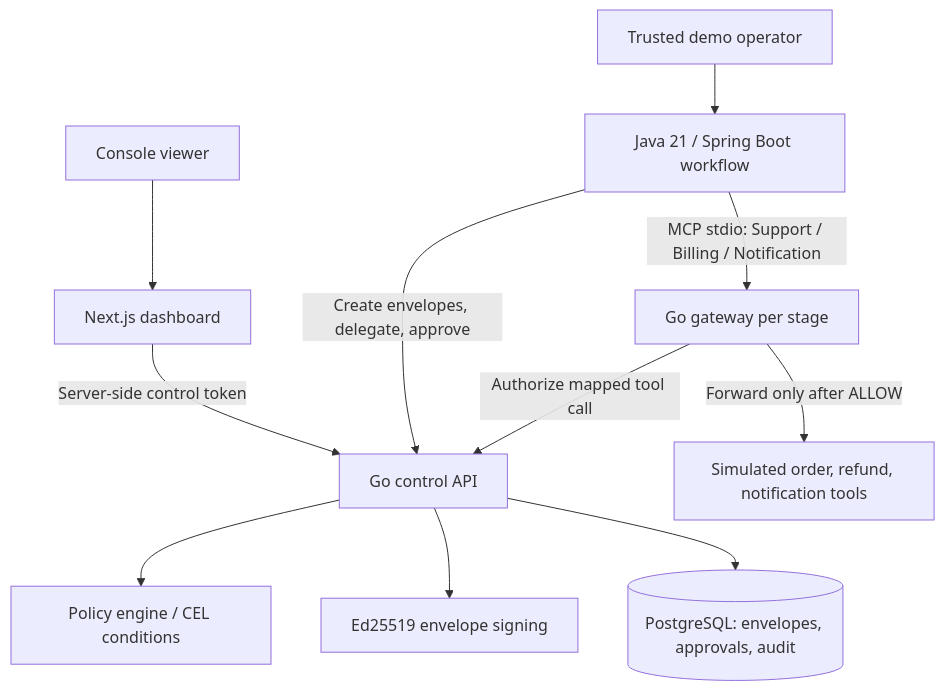
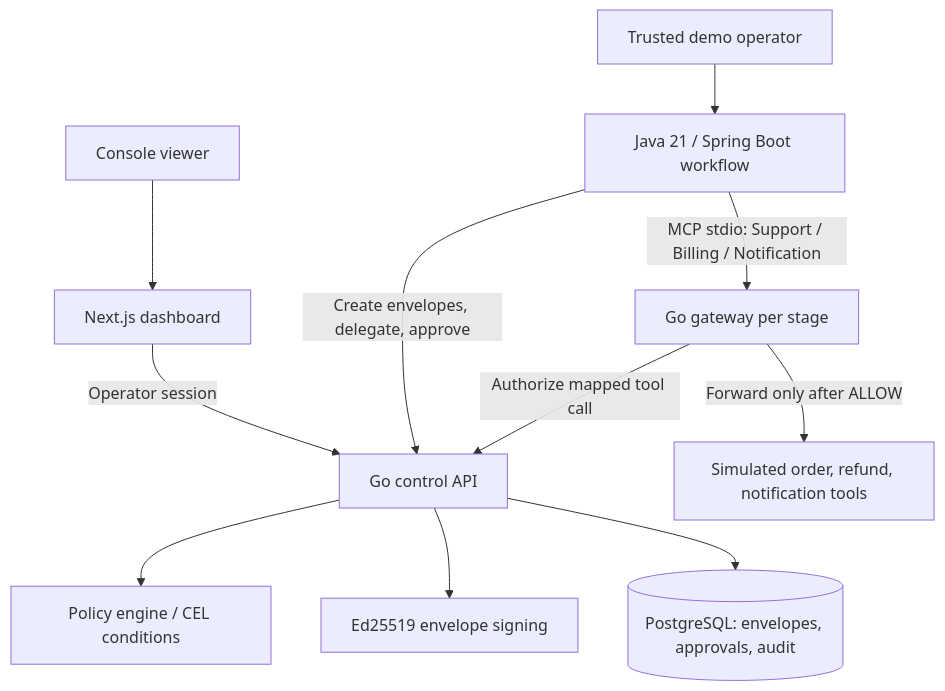
One commit to patelpratyush/Counterseal changed the diagram in docs/portfolio.md. Above: the diagram before and after it, drawn with Mermaid. The commit also changed other lines of this file and 50 other files, not shown here.

````diff
--- a/docs/portfolio.md
+++ b/docs/portfolio.md
@@ -11,13 +11,13 @@
 ```mermaid
 flowchart TD
     Viewer[Console viewer] --> Dashboard[Next.js dashboard]
-    Dashboard -->|Server-side control token| API[Go control API]
+    Dashboard -->|Operator session| API[Go control API]
     Operator[Trusted demo operator] --> Java[Java 21 / Spring Boot workflow]
     Java -->|Create envelopes, delegate, approve| API
     Java -->|MCP stdio: Support / Billing / Notification| Gateway[Go gateway per stage]
     Gateway -->|Authorize mapped tool call| API
     API --> Policy[Policy engine / CEL conditions]
     API --> Signing[Ed25519 envelope signing]
     API --> DB[(PostgreSQL: envelopes, approvals, audit)]
     Gateway -->|Forward only after ALLOW| Tools[Simulated order, refund, notification tools]
 ```
````
